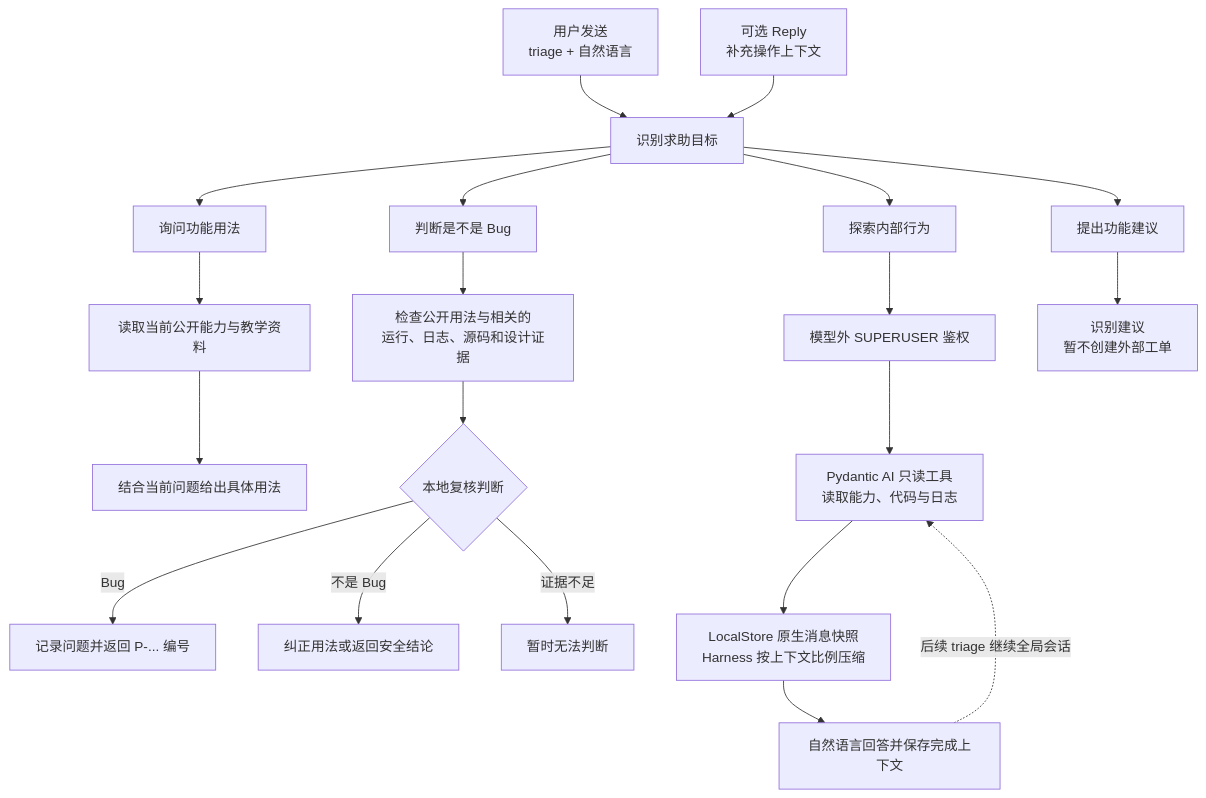
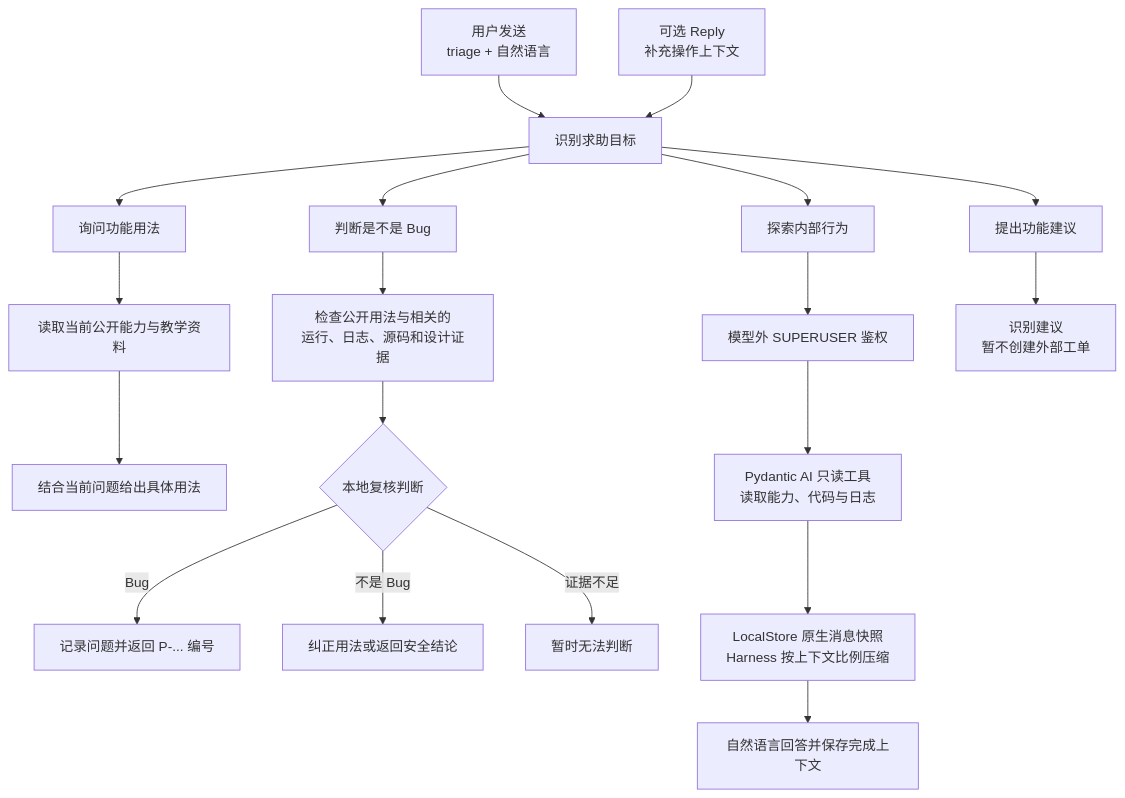
One commit to Misty02600/nonebot-plugin-triage changed the diagram in README.md. Above: the diagram before and after it, drawn with Mermaid. The commit also changed other lines of this file and 6 other files, not shown here.

````diff
--- a/README.md
+++ b/README.md
@@ -33,26 +39,25 @@
 ```mermaid
 flowchart TD
     U["用户发送<br/>triage + 自然语言"] --> C["识别求助目标"]
     R["可选 Reply<br/>补充操作上下文"] --> C
 
     C --> G["询问功能用法"]
     C --> B["判断是不是 Bug"]
     C --> E["探索内部行为"]
     C --> F["提出功能建议"]
 
     G --> K["读取当前公开能力与教学资料"]
     K --> A["结合当前问题给出具体用法"]
 
     B --> V["检查公开用法与相关的<br/>运行、日志、源码和设计证据"]
     V --> D{"本地复核判断"}
     D -->|"Bug"| P["记录问题并返回 P-... 编号"]
     D -->|"不是 Bug"| N["纠正用法或返回安全结论"]
     D -->|"证据不足"| X["暂时无法判断"]
 
     E --> S["模型外 SUPERUSER 鉴权"]
     S --> W["Pydantic AI 只读工具<br/>读取能力、代码与日志"]
     W --> L["LocalStore 原生消息快照<br/>Harness 按上下文比例压缩"]
     L --> H["自然语言回答并保存完成上下文"]
-    H -. "后续 triage 继续全局会话" .-> W
     F --> Q["识别建议<br/>暂不创建外部工单"]
 ```
````
